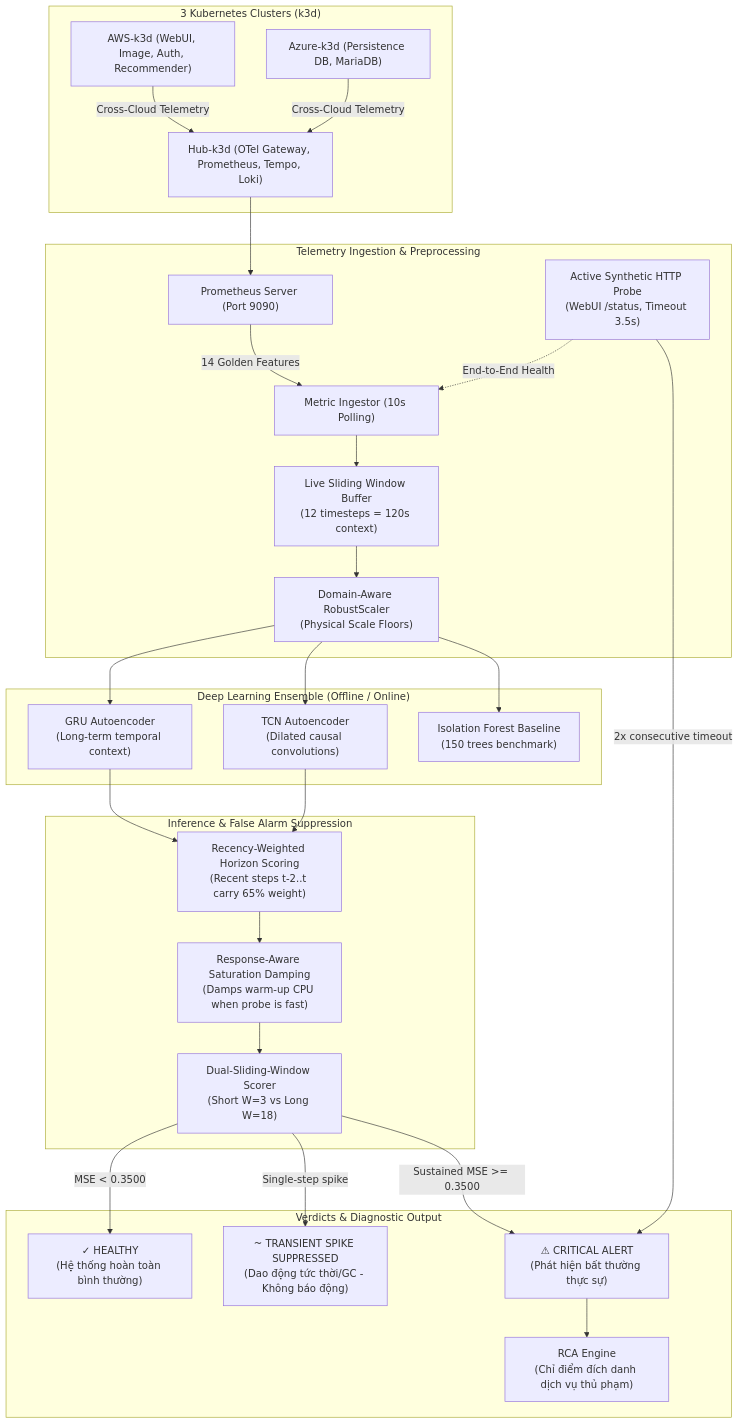
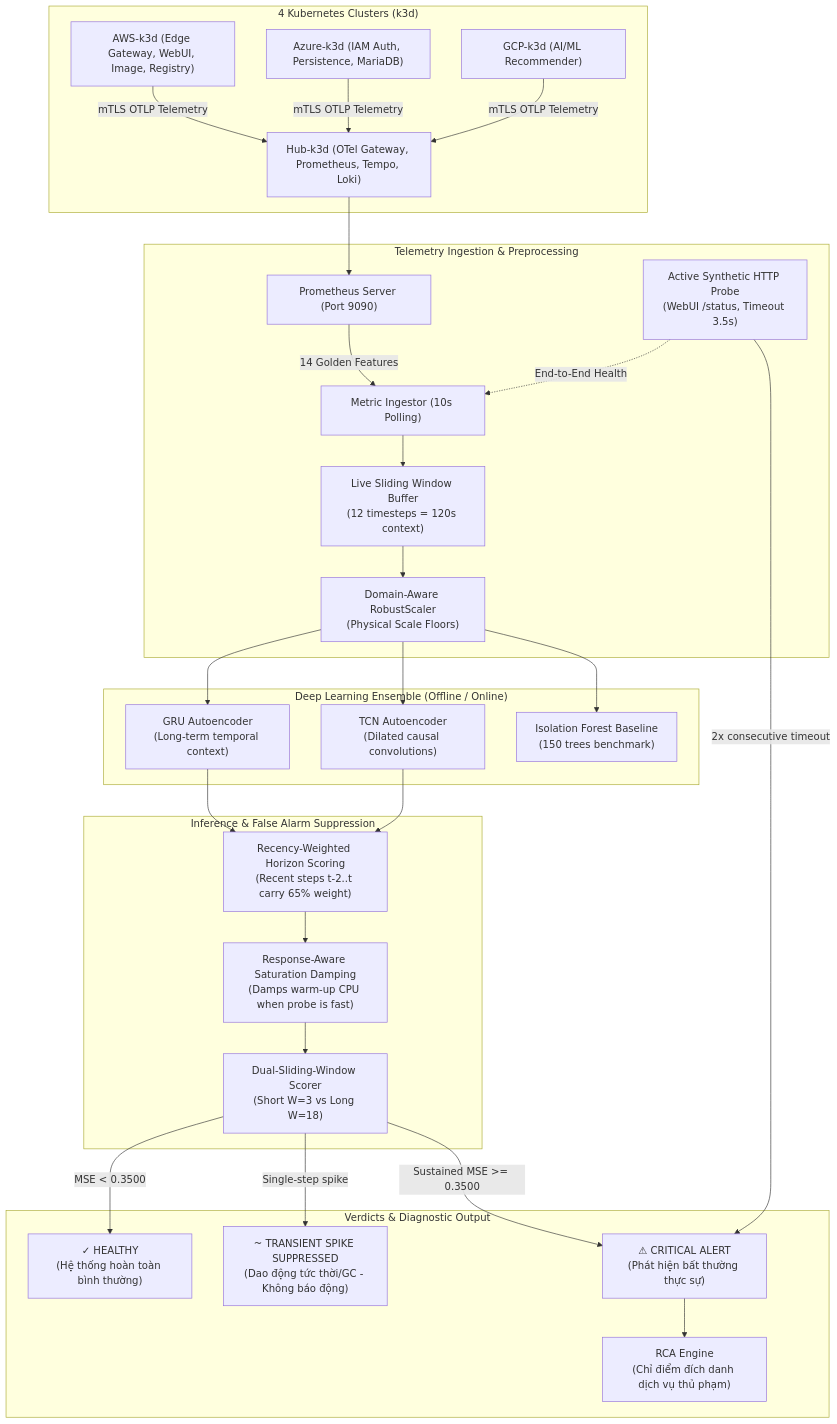
One commit to nnviet23/multicloud-monitoring changed the diagram in ai-engine/README.md. Above: the diagram before and after it, drawn with Mermaid. The commit also changed other lines of this file and 11 other files, not shown here.

Commit message:
feat(infra,ai): expand multi-cloud architecture with GCP spoke and AWS Nginx API Gateway

````diff
--- a/ai-engine/README.md
+++ b/ai-engine/README.md
@@ -9,55 +9,57 @@
 ```mermaid
 flowchart TD
-    subgraph MultiCloudClusters["3 Kubernetes Clusters (k3d)"]
-        AWS["AWS-k3d (WebUI, Image, Auth, Recommender)"]
-        AZURE["Azure-k3d (Persistence DB, MariaDB)"]
+    subgraph MultiCloudClusters["4 Kubernetes Clusters (k3d)"]
+        AWS["AWS-k3d (Edge Gateway, WebUI, Image, Registry)"]
+        AZURE["Azure-k3d (IAM Auth, Persistence, MariaDB)"]
+        GCP["GCP-k3d (AI/ML Recommender)"]
         HUB["Hub-k3d (OTel Gateway, Prometheus, Tempo, Loki)"]
-        AWS -->|Cross-Cloud Telemetry| HUB
-        AZURE -->|Cross-Cloud Telemetry| HUB
+        AWS -->|mTLS OTLP Telemetry| HUB
+        AZURE -->|mTLS OTLP Telemetry| HUB
+        GCP -->|mTLS OTLP Telemetry| HUB
     end
 
     subgraph DataIngestion["Telemetry Ingestion & Preprocessing"]
         PROM["Prometheus Server (Port 9090)"]
         HUB --> PROM
         POLL["Metric Ingestor (10s Polling)"]
         PROM -->|14 Golden Features| POLL
         PROBE["Active Synthetic HTTP Probe\n(WebUI /status, Timeout 3.5s)"]
         PROBE -.->|End-to-End Health| POLL
         WIN["Live Sliding Window Buffer\n(12 timesteps = 120s context)"]
         POLL --> WIN
         SCALER["Domain-Aware RobustScaler\n(Physical Scale Floors)"]
         WIN --> SCALER
     end
 
     subgraph DeepEnsemble["Deep Learning Ensemble (Offline / Online)"]
         GRU["GRU Autoencoder\n(Long-term temporal context)"]
         TCN["TCN Autoencoder\n(Dilated causal convolutions)"]
         ISO["Isolation Forest Baseline\n(150 trees benchmark)"]
         SCALER --> GRU
         SCALER --> TCN
         SCALER --> ISO
     end
 
     subgraph ScoringEngine["Inference & False Alarm Suppression"]
         RECENCY["Recency-Weighted Horizon Scoring\n(Recent steps t-2..t carry 65% weight)"]
         DAMP["Response-Aware Saturation Damping\n(Damps warm-up CPU when probe is fast)"]
         GRU --> RECENCY
         TCN --> RECENCY
         RECENCY --> DAMP
         DUAL["Dual-Sliding-Window Scorer\n(Short W=3 vs Long W=18)"]
         DAMP --> DUAL
     end
 
     subgraph DecisionOutput["Verdicts & Diagnostic Output"]
         HEALTHY["✓ HEALTHY\n(Hệ thống hoàn toàn bình thường)"]
         TRANSIENT["~ TRANSIENT SPIKE SUPPRESSED\n(Dao động tức thời/GC - Không báo động)"]
         ALERT["⚠ CRITICAL ALERT\n(Phát hiện bất thường thực sự)"]
         RCA["RCA Engine\n(Chỉ điểm đích danh dịch vụ thủ phạm)"]
         
         DUAL -->|MSE < 0.3500| HEALTHY
         DUAL -->|Single-step spike| TRANSIENT
         DUAL -->|Sustained MSE >= 0.3500| ALERT
         PROBE -->|2x consecutive timeout| ALERT
         ALERT --> RCA
     end
 ```
````
